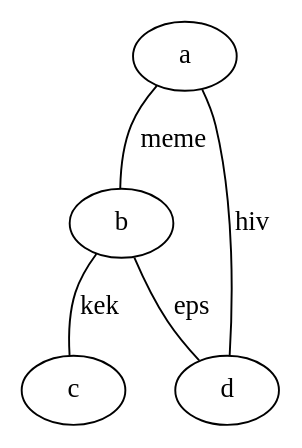
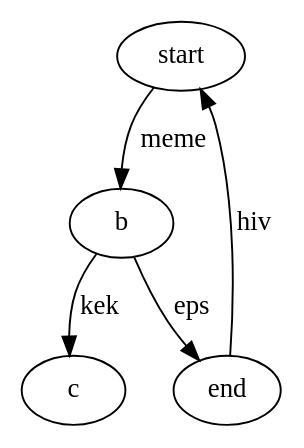
One commit to Katchau/COMP-AutoAnalyze.Dot changed the diagram in test.dot. Above: the diagram before and after it, drawn with Graphviz. The commit also changed 4 other files, not shown here.

```diff
--- a/test.dot
+++ b/test.dot
@@ -1,6 +1,6 @@
-graph graphname { 
-                a -- b [label="meme"]; 
-                b -- c [label="kek"];
-                b -- d [label="eps"];
-                d -- a [label="hiv"];
+digraph graphname { 
+                start -> b [label="meme"]; 
+                b -> c [label="kek"];
+                b -> end [label="eps"];
+                end -> start [label="hiv"];
         }
```
